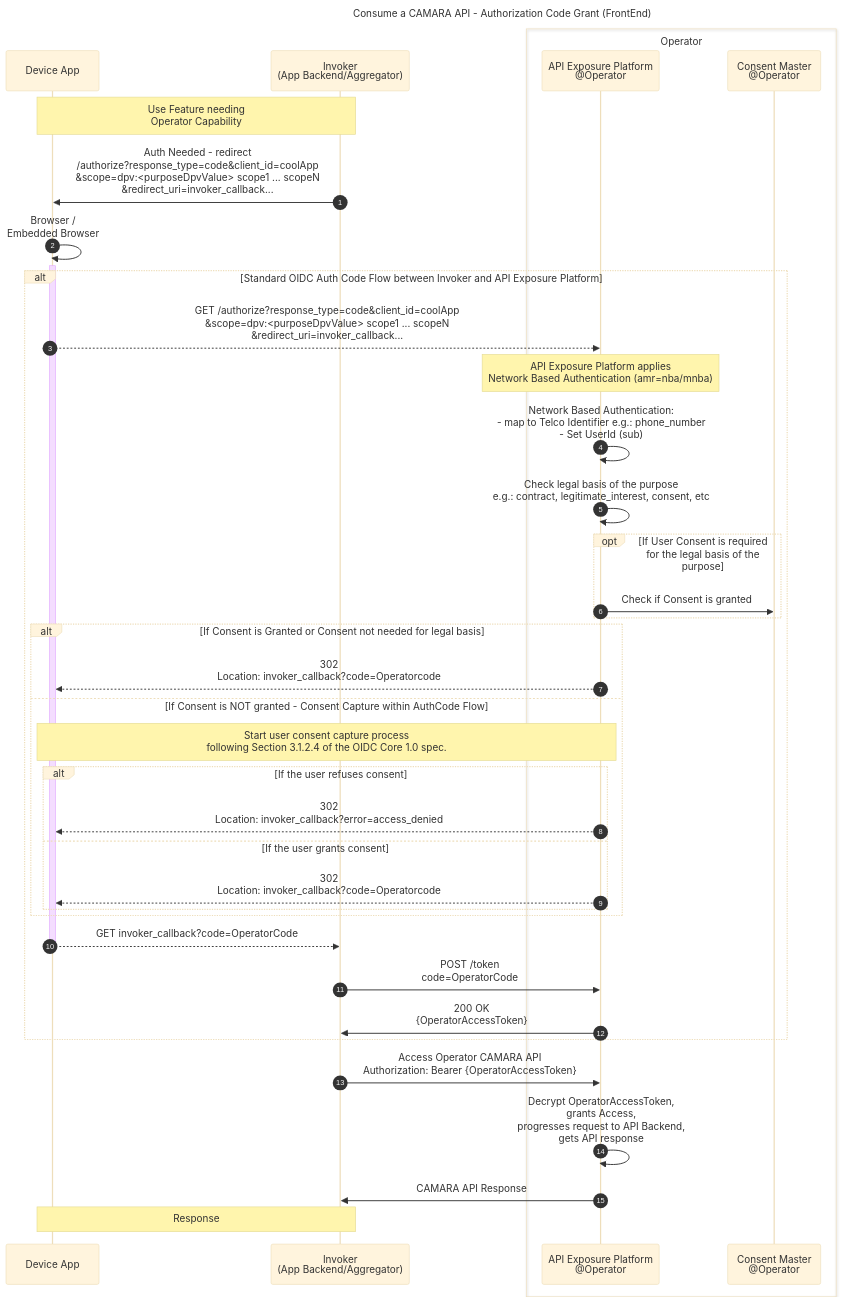
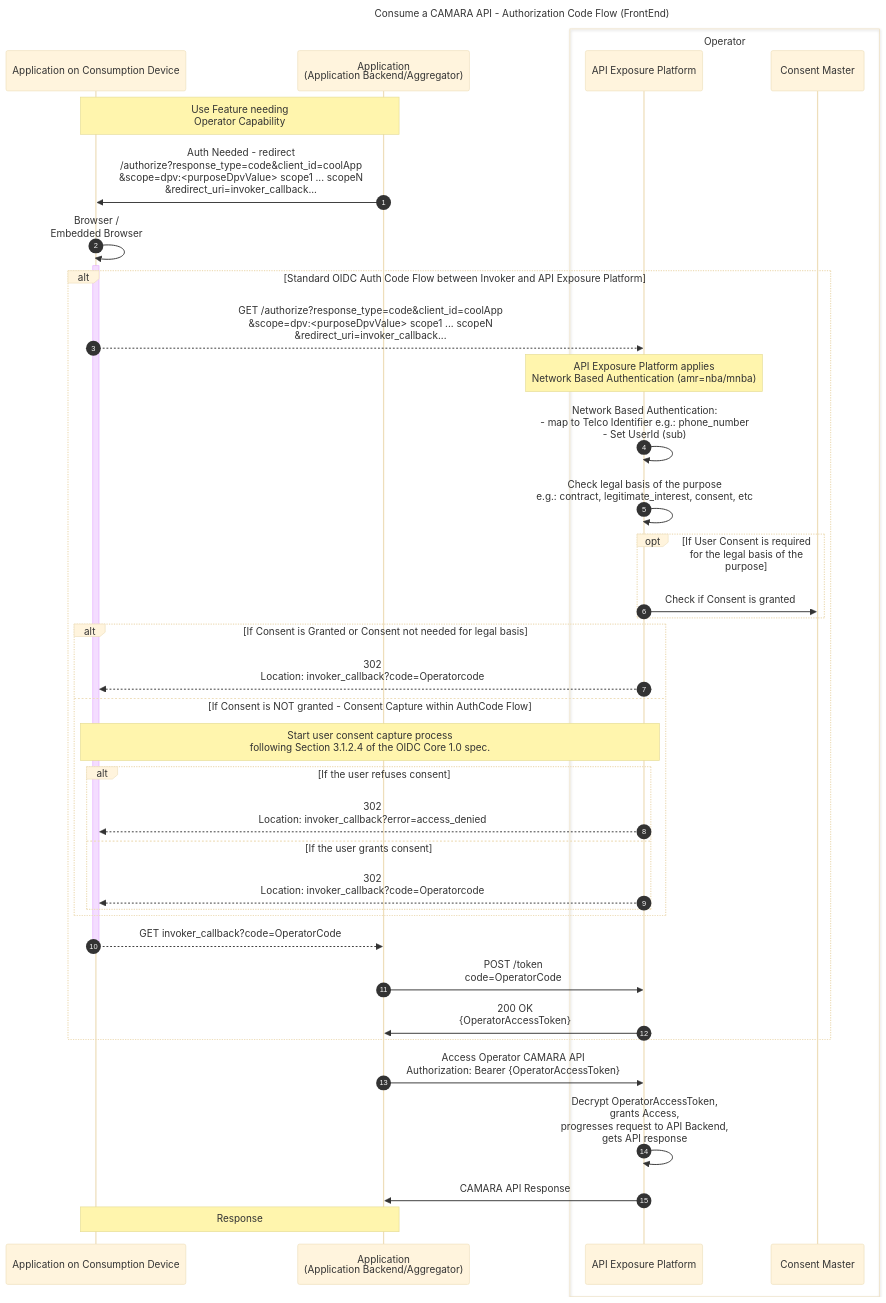
Before and after one commit to camaraproject/IdentityAndConsentManagement: the first of 2 diagrams in documentation/CAMARA-API-access-and-user-consent.md, drawn with Mermaid (base theme). The commit also changed other lines of this file, not shown here.

````diff
--- a/documentation/CAMARA-API-access-and-user-consent.md
+++ b/documentation/CAMARA-API-access-and-user-consent.md
@@ -90,42 +85,42 @@
 ```mermaid
 sequenceDiagram
 autonumber
-title Consume a CAMARA API - Authorization Code Grant (FrontEnd)
-participant FE as Device App
-participant BE as Invoker<br>(App Backend/Aggregator)
+title Consume a CAMARA API - Authorization Code Flow (FrontEnd)
+participant FE as Application on Consumption Device
+participant BE as Application<br>(Application Backend/Aggregator)
 box Operator
-  participant ExpO as API Exposure Platform<br>@Operator
-  participant Consent as Consent Master<br>@Operator
+  participant ExpO as API Exposure Platform
+  participant Consent as Consent Master
 end
 
 Note over FE,BE: Use Feature needing<br>Operator Capability  
 BE->>FE: Auth Needed - redirect <br>/authorize?response_type=code&client_id=coolApp<br>&scope=dpv:<purposeDpvValue> scope1 ... scopeN<br>&redirect_uri=invoker_callback...
 FE->>+FE: Browser /<br> Embedded Browser
 alt Standard OIDC Auth Code Flow between Invoker and API Exposure Platform
   FE-->>ExpO: GET /authorize?response_type=code&client_id=coolApp<br>&scope=dpv:<purposeDpvValue> scope1 ... scopeN<br>&redirect_uri=invoker_callback...
   Note over ExpO: API Exposure Platform applies<br>Network Based Authentication (amr=nba/mnba)
   ExpO->>ExpO: Network Based Authentication:<br>- map to Telco Identifier e.g.: phone_number<br>- Set UserId (sub)  
   ExpO->>ExpO: Check legal basis of the purpose<br> e.g.: contract, legitimate_interest, consent, etc 
   opt If User Consent is required for the legal basis of the purpose  
     ExpO->>Consent: Check if Consent is granted    
   end  
   alt If Consent is Granted or Consent not needed for legal basis   
     ExpO-->>FE: 302<br>Location: invoker_callback?code=Operatorcode
   else If Consent is NOT granted - Consent Capture within AuthCode Flow  
     Note over FE,ExpO: Start user consent capture process<br>following Section 3.1.2.4 of the OIDC Core 1.0 spec.    
     alt If the user refuses consent
       ExpO-->>FE: 302<br>Location: invoker_callback?error=access_denied
     else If the user grants consent
       ExpO-->>FE: 302<br>Location: invoker_callback?code=Operatorcode
     end
   end
   FE-->>-BE: GET invoker_callback?code=OperatorCode
   BE->>ExpO: POST /token<br> code=OperatorCode
   ExpO->>BE: 200 OK <br> {OperatorAccessToken}
 end
 
 BE->>ExpO: Access Operator CAMARA API <br> Authorization: Bearer {OperatorAccessToken}        
 ExpO->>ExpO: Decrypt OperatorAccessToken,<br>grants Access,<br>progresses request to API Backend,<br>gets API response  
 ExpO->>BE: CAMARA API Response
 Note over BE,FE: Response
 ```
````
